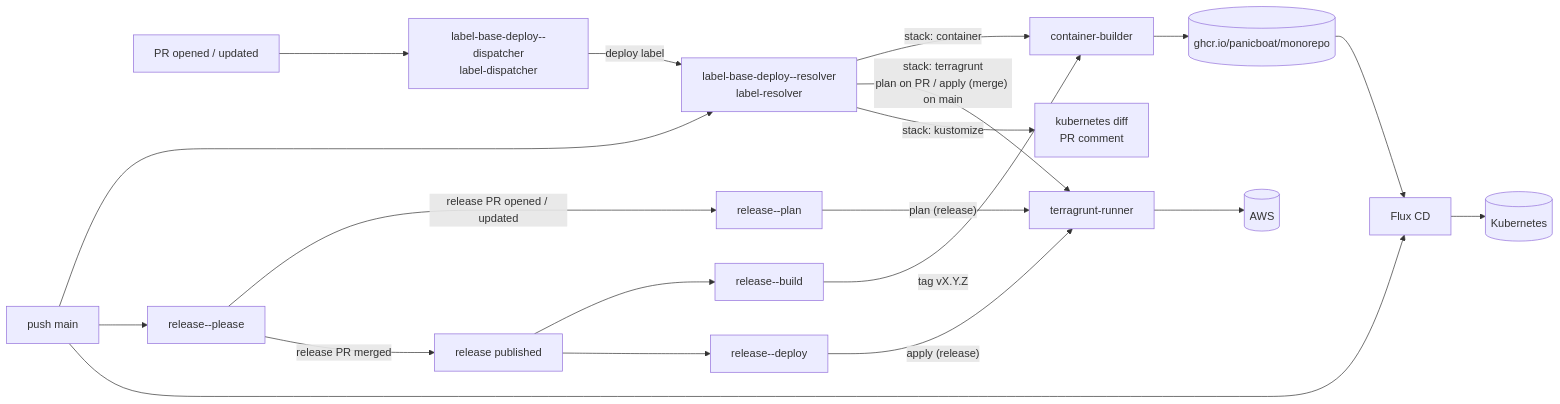
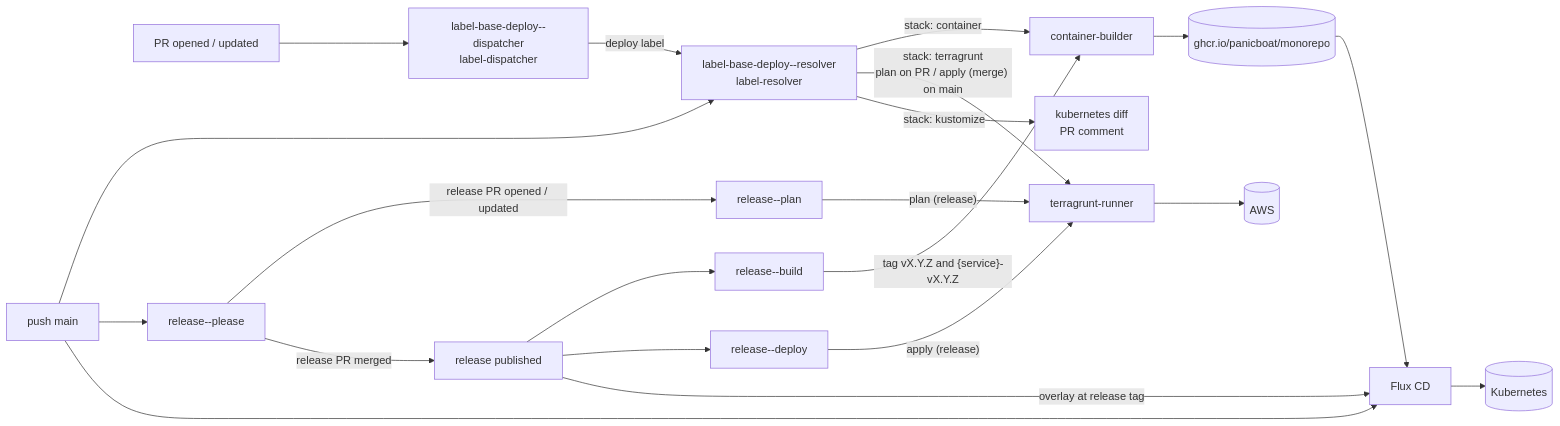
One commit to panicboat/monorepo changed the second of 2 diagrams in README-ja.md. Above: the diagram before and after it, drawn with Mermaid. The commit also changed other lines of this file and 33 other files, not shown here.

````diff
--- a/README-ja.md
+++ b/README-ja.md
@@ -48,22 +48,23 @@
 ```mermaid
 flowchart LR
   PR[PR opened / updated] --> Dispatcher[label-base-deploy--dispatcher<br/>label-dispatcher]
   Dispatcher -->|deploy label| Resolver[label-base-deploy--resolver<br/>label-resolver]
   Main[push main] --> Resolver
   Main --> Please[release--please]
   Please -->|release PR opened / updated| Plan[release--plan]
   Please -->|release PR merged| Published[release published]
   Published --> Build[release--build]
   Published --> Deploy[release--deploy]
   Resolver -->|stack: container| Builder[container-builder]
   Resolver -->|"stack: terragrunt<br/>plan on PR / apply (merge) on main"| Terragrunt[terragrunt-runner]
   Resolver -->|stack: kustomize| Diff[kubernetes diff<br/>PR comment]
   Plan -->|"plan (release)"| Terragrunt
   Deploy -->|"apply (release)"| Terragrunt
-  Build -->|tag vX.Y.Z| Builder
+  Build -->|"tag vX.Y.Z and {service}-vX.Y.Z"| Builder
   Builder --> GHCR[(ghcr.io/panicboat/monorepo)]
   Terragrunt --> AWS[(AWS)]
   GHCR --> Flux[Flux CD]
   Main --> Flux
+  Published -->|"overlay at release tag"| Flux
   Flux --> K8s[(Kubernetes)]
 ```
````
